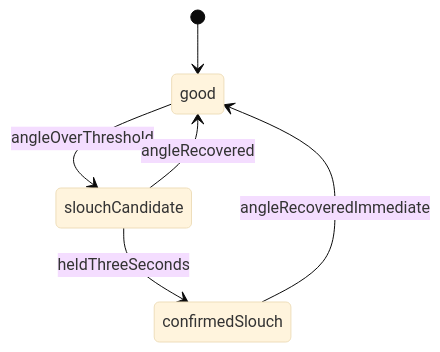
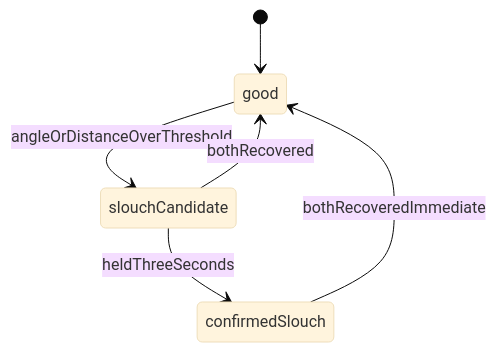
Before and after one commit to da-shina/nekoze-fix: the third of 5 diagrams in .kiro/specs/nekoze-fix/design.md, drawn with Mermaid (base theme). The commit also changed other lines of this file and 6 other files, not shown here.

````diff
--- a/.kiro/specs/nekoze-fix/design.md
+++ b/.kiro/specs/nekoze-fix/design.md
@@ -504,8 +538,8 @@
 ```mermaid
 stateDiagram-v2
     [*] --> good
-    good --> slouchCandidate: angleOverThreshold
-    slouchCandidate --> good: angleRecovered
+    good --> slouchCandidate: angleOrDistanceOverThreshold
+    slouchCandidate --> good: bothRecovered
     slouchCandidate --> confirmedSlouch: heldThreeSeconds
-    confirmedSlouch --> good: angleRecoveredImmediate
+    confirmedSlouch --> good: bothRecoveredImmediate
 ```
````
